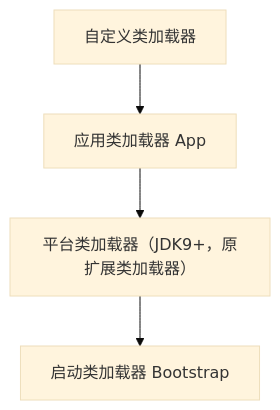
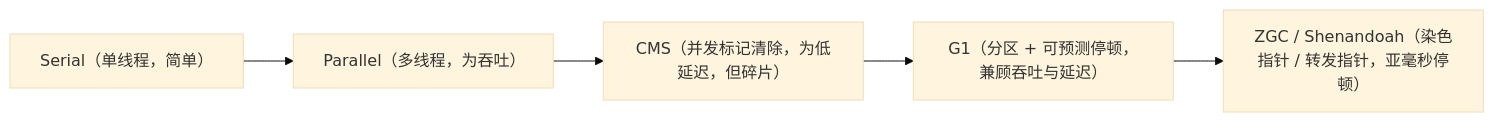
Before and after one commit to l552177239/my-note: diagram 11 of 14 in docs/02.后端/01.Java/17.JVM 基础.md, drawn with Mermaid (base theme). The commit also changed other lines of this file and 1 other file, not shown here.

````diff
--- a/docs/02.后端/01.Java/17.JVM 基础.md
+++ b/docs/02.后端/01.Java/17.JVM 基础.md
@@ -305,6 +480,7 @@
 ```mermaid
-flowchart TD
-    A["自定义类加载器"] --> B["应用类加载器 App"]
-    B --> C["平台类加载器（JDK9+，原扩展类加载器）"]
-    C --> D["启动类加载器 Bootstrap"]
+flowchart LR
+    A["Serial（单线程，简单）"] --> B["Parallel（多线程，为吞吐）"]
+    B --> C["CMS（并发标记清除，为低延迟，但碎片）"]
+    C --> D["G1（分区 + 可预测停顿，兼顾吞吐与延迟）"]
+    D --> E["ZGC / Shenandoah（染色指针 / 转发指针，亚毫秒停顿）"]
 ```
````
